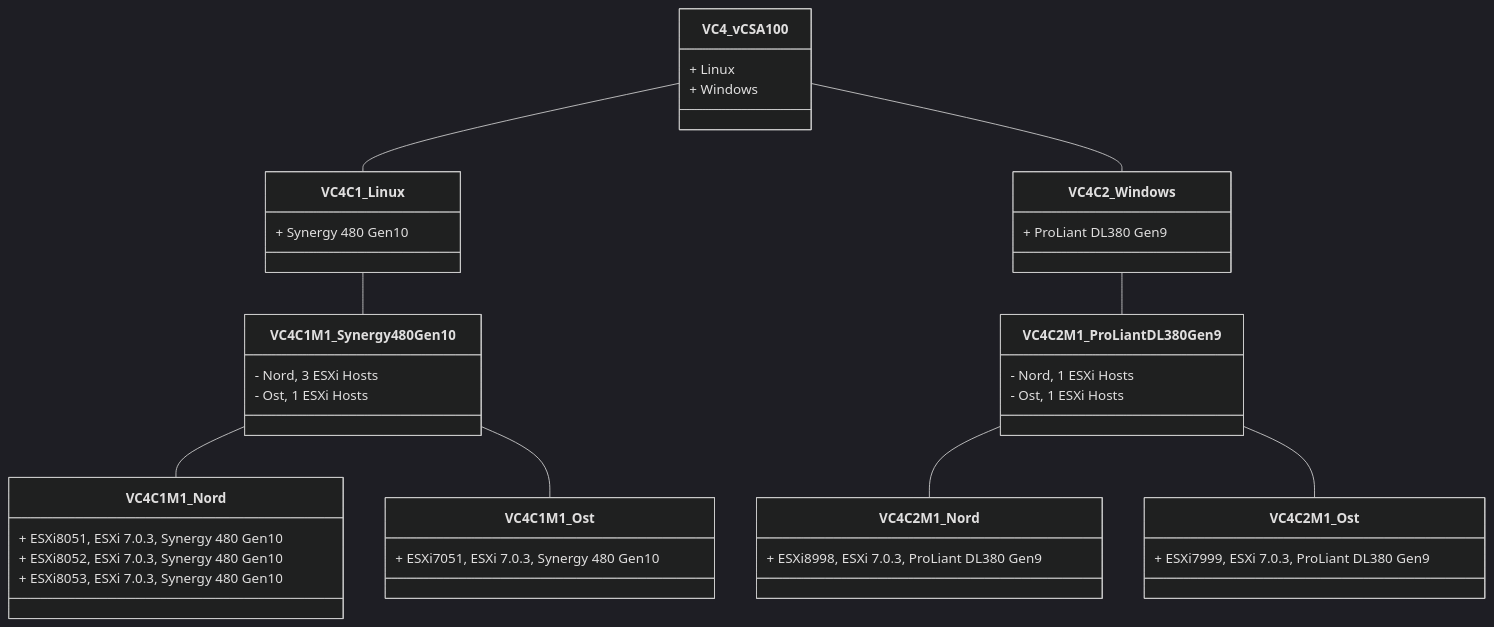
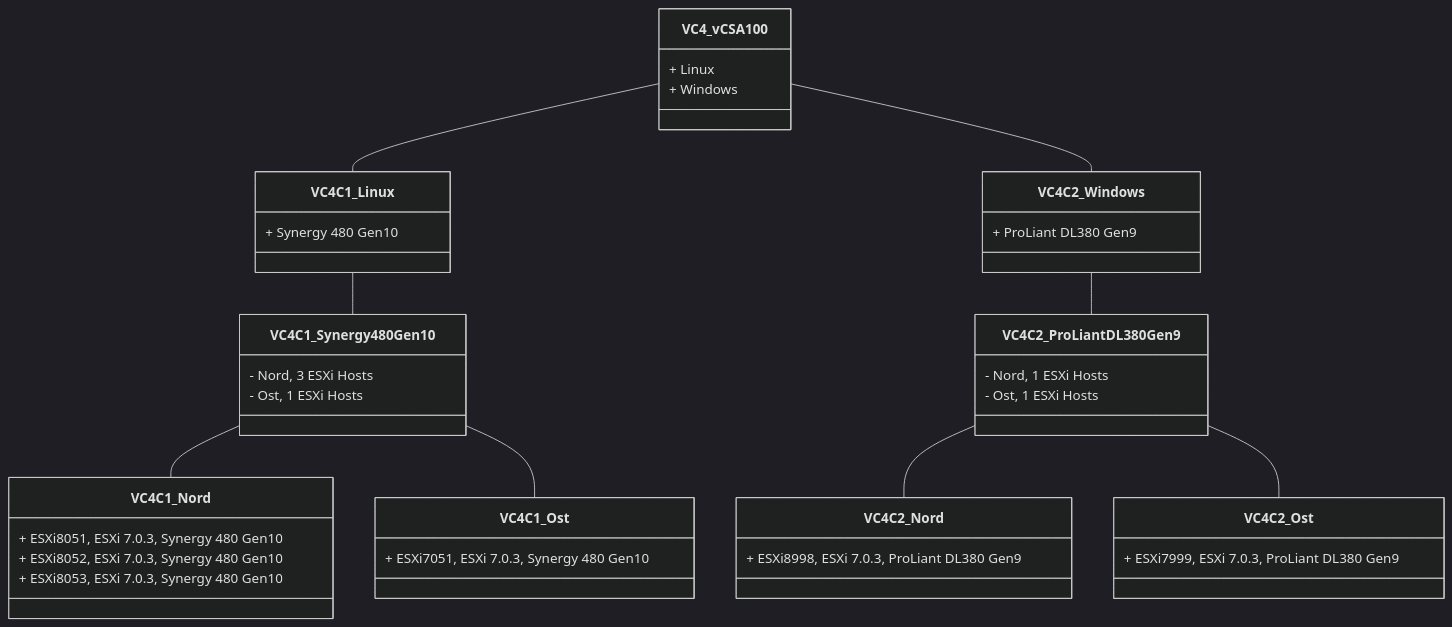
One commit to tinuwalther/PSXiDiag changed the fourth of 4 diagrams in Markdown ESXiHost Inventory.md. Above: the diagram before and after it, drawn with Mermaid (dark theme). The commit also changed other lines of this file and 14 other files, not shown here.

`````diff
--- a/Markdown ESXiHost Inventory.md
+++ b/Markdown ESXiHost Inventory.md
@@ -112,25 +112,25 @@
 ````mermaid
 classDiagram
 VC4_vCSA100 -- VC4C1_Linux
 VC4_vCSA100 : + Linux
 VC4C1_Linux : + Synergy 480 Gen10
-VC4C1_Linux -- VC4C1M1_Synergy 480 Gen10
-VC4C1M1_Synergy 480 Gen10 : - Nord, 3 ESXi Hosts
-VC4C1M1_Synergy 480 Gen10 -- VC4C1M1_Nord
-VC4C1M1_Nord : + ESXi8051, ESXi 7.0.3, Synergy 480 Gen10
-VC4C1M1_Nord : + ESXi8052, ESXi 7.0.3, Synergy 480 Gen10
-VC4C1M1_Nord : + ESXi8053, ESXi 7.0.3, Synergy 480 Gen10
-VC4C1M1_Synergy 480 Gen10 : - Ost, 1 ESXi Hosts
-VC4C1M1_Synergy 480 Gen10 -- VC4C1M1_Ost
-VC4C1M1_Ost : + ESXi7051, ESXi 7.0.3, Synergy 480 Gen10
+VC4C1_Linux -- VC4C1_Synergy 480 Gen10
+VC4C1_Synergy 480 Gen10 : - Nord, 3 ESXi Hosts
+VC4C1_Synergy 480 Gen10 -- VC4C1_Nord
+VC4C1_Nord : + ESXi8051, ESXi 7.0.3, Synergy 480 Gen10
+VC4C1_Nord : + ESXi8052, ESXi 7.0.3, Synergy 480 Gen10
+VC4C1_Nord : + ESXi8053, ESXi 7.0.3, Synergy 480 Gen10
+VC4C1_Synergy 480 Gen10 : - Ost, 1 ESXi Hosts
+VC4C1_Synergy 480 Gen10 -- VC4C1_Ost
+VC4C1_Ost : + ESXi7051, ESXi 7.0.3, Synergy 480 Gen10
 VC4_vCSA100 -- VC4C2_Windows
 VC4_vCSA100 : + Windows
 VC4C2_Windows : + ProLiant DL380 Gen9
-VC4C2_Windows -- VC4C2M1_ProLiant DL380 Gen9
-VC4C2M1_ProLiant DL380 Gen9 : - Nord, 1 ESXi Hosts
-VC4C2M1_ProLiant DL380 Gen9 -- VC4C2M1_Nord
-VC4C2M1_Nord : + ESXi8998, ESXi 7.0.3, ProLiant DL380 Gen9
-VC4C2M1_ProLiant DL380 Gen9 : - Ost, 1 ESXi Hosts
-VC4C2M1_ProLiant DL380 Gen9 -- VC4C2M1_Ost
-VC4C2M1_Ost : + ESXi7999, ESXi 7.0.3, ProLiant DL380 Gen9
+VC4C2_Windows -- VC4C2_ProLiant DL380 Gen9
+VC4C2_ProLiant DL380 Gen9 : - Nord, 1 ESXi Hosts
+VC4C2_ProLiant DL380 Gen9 -- VC4C2_Nord
+VC4C2_Nord : + ESXi8998, ESXi 7.0.3, ProLiant DL380 Gen9
+VC4C2_ProLiant DL380 Gen9 : - Ost, 1 ESXi Hosts
+VC4C2_ProLiant DL380 Gen9 -- VC4C2_Ost
+VC4C2_Ost : + ESXi7999, ESXi 7.0.3, ProLiant DL380 Gen9
 ````
`````
